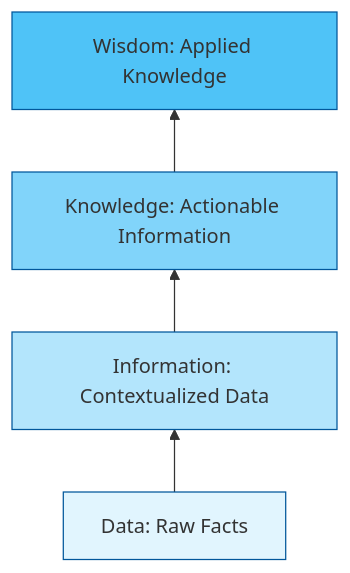
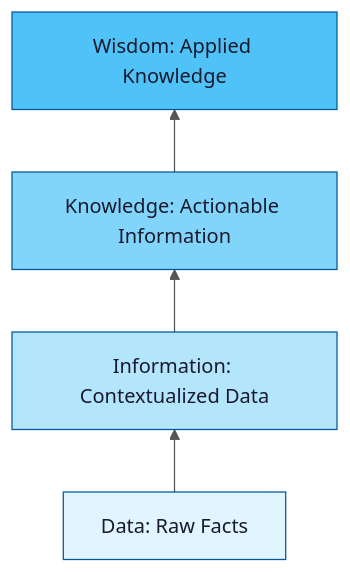
The first of 5 diagrams in notes/data_analysis/Chapter1_Introduction_to_DAV.md (DeepLumiere/DeepSkills), drawn with Mermaid before and after one commit. The commit also changed other lines of this file and 40 other files, not shown here.

````diff
--- a/notes/data_analysis/Chapter1_Introduction_to_DAV.md
+++ b/notes/data_analysis/Chapter1_Introduction_to_DAV.md
@@ -95,11 +192,23 @@
 ```mermaid
+
+%%{init: {'theme': 'base', 'themeVariables': {'primaryColor': '#e8f4f8', 'primaryBorderColor': '#2196F3', 'primaryTextColor': '#1a1a2e', 'lineColor': '#555', 'edgeLabelBackground': '#ffffff', 'clusterBkg': '#f0f7ff', 'clusterBorder': '#90caf9'}} }%%
+
 graph BT
+
     A["Data: Raw Facts"] --> B["Information: Contextualized Data"]
+
     B --> C["Knowledge: Actionable Information"]
+
     C --> D["Wisdom: Applied Knowledge"]
+
     
+
     style A fill:#e1f5fe,stroke:#01579b
+
     style B fill:#b3e5fc,stroke:#01579b
+
     style C fill:#81d4fa,stroke:#01579b
+
     style D fill:#4fc3f7,stroke:#01579b
+
 ```
````
